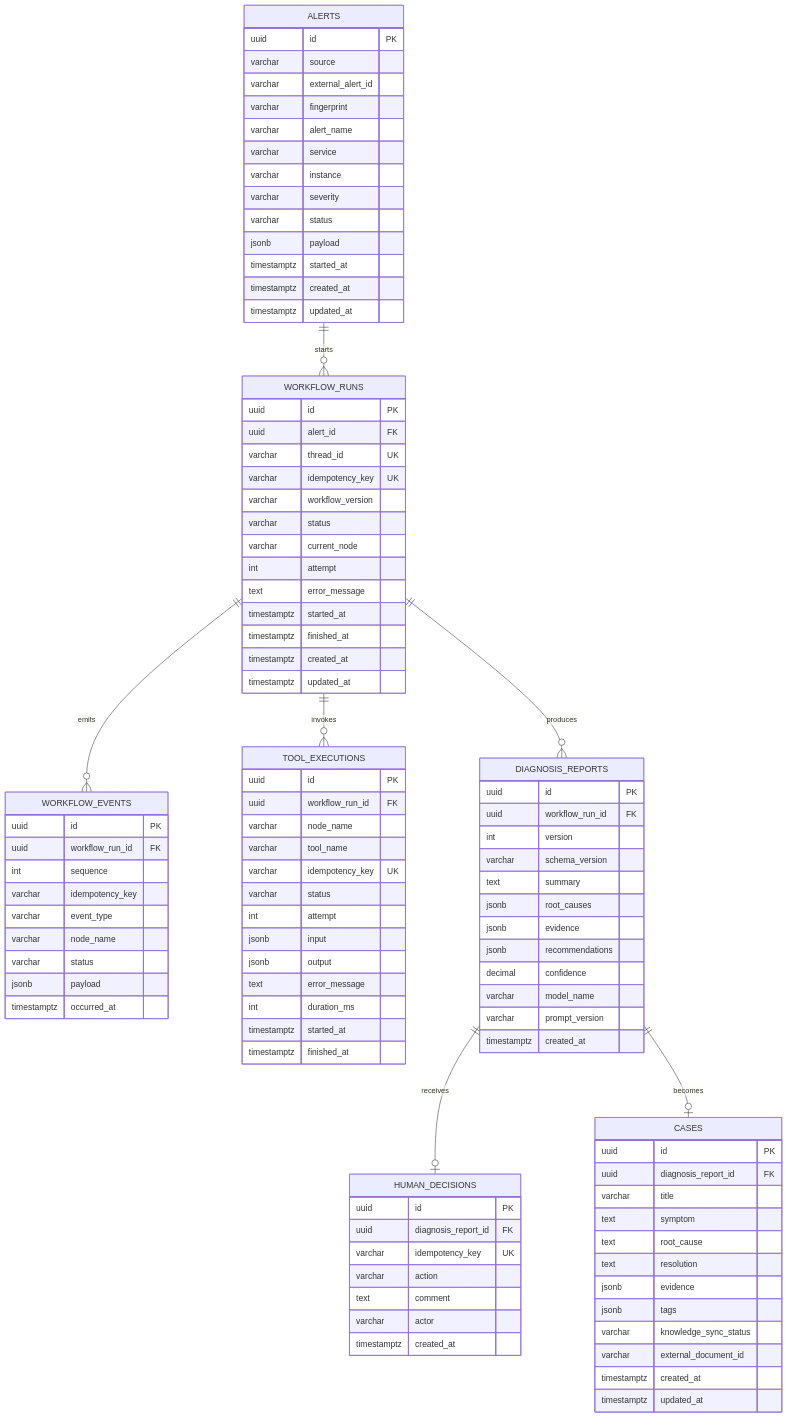
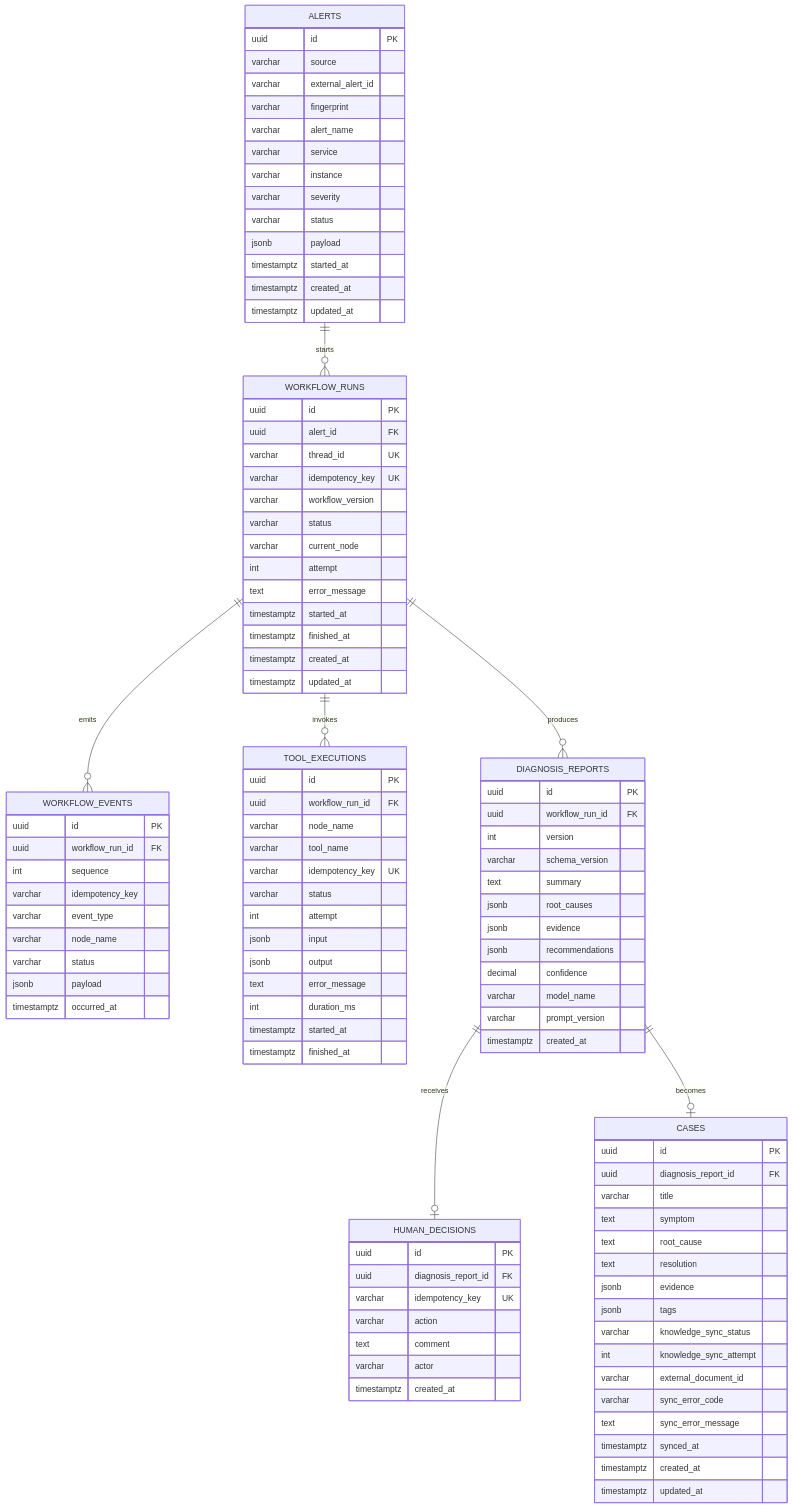
One commit to tsycheese/alert-sage changed the diagram in docs/03-data-model.md. Above: the diagram before and after it, drawn with Mermaid. The commit also changed other lines of this file and 37 other files, not shown here.

```diff
--- a/docs/03-data-model.md
+++ b/docs/03-data-model.md
@@ -122,7 +122,11 @@
         jsonb evidence
         jsonb tags
         varchar knowledge_sync_status
+        int knowledge_sync_attempt
         varchar external_document_id
+        varchar sync_error_code
+        text sync_error_message
+        timestamptz synced_at
         timestamptz created_at
         timestamptz updated_at
     }
```
